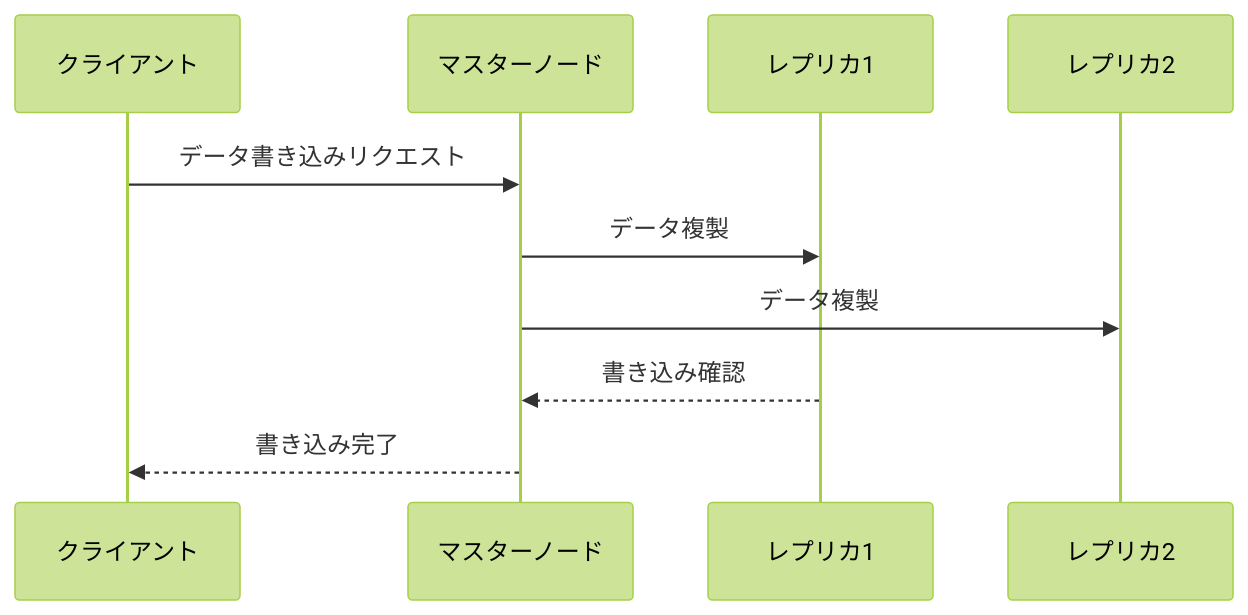
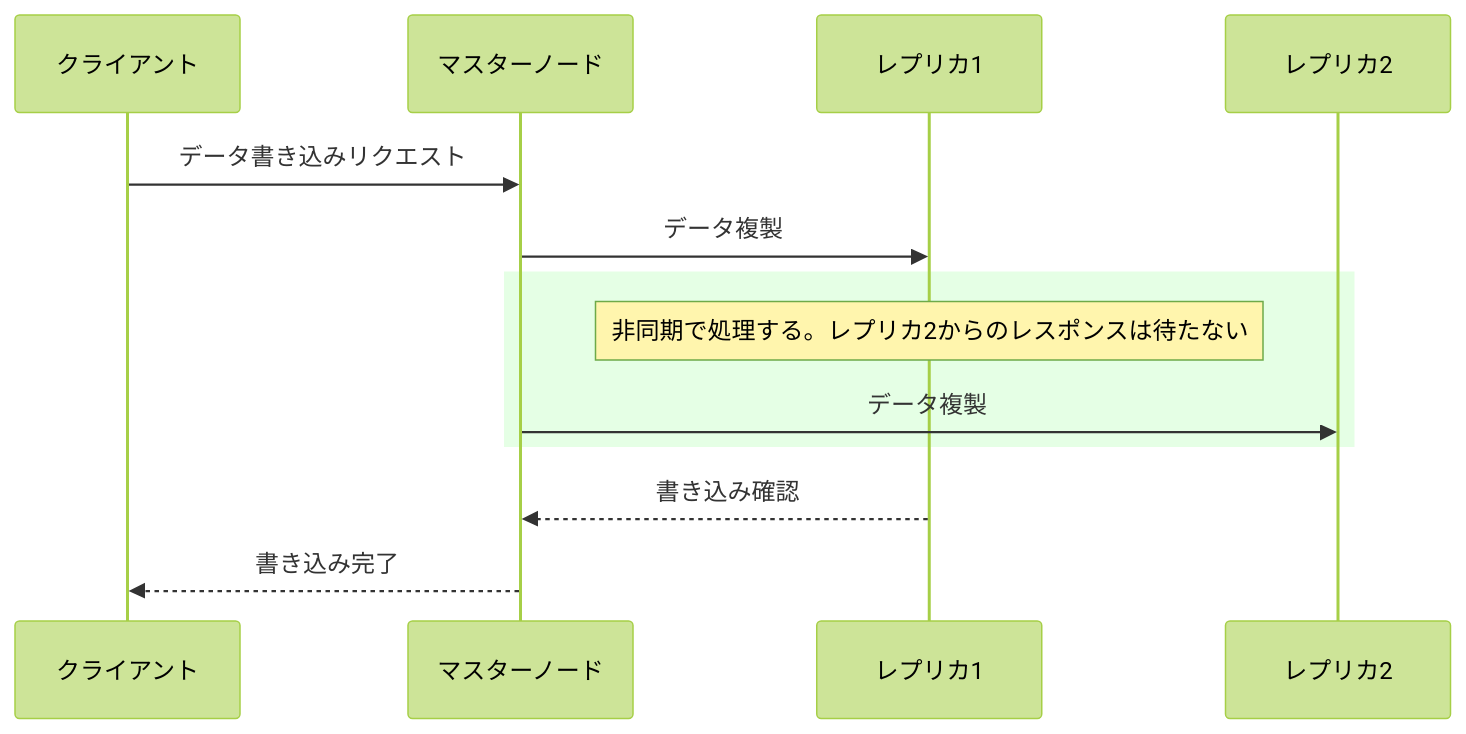
The third of 5 diagrams in articles/9ed5b7ef3cc9df.md (mshr0969/zenn-content), drawn with Mermaid (forest theme) before and after one commit. The commit also changed other lines of this file, not shown here.

````diff
--- a/articles/9ed5b7ef3cc9df.md
+++ b/articles/9ed5b7ef3cc9df.md
@@ -90,13 +94,16 @@
 ```mermaid
 sequenceDiagram
   participant Client as クライアント
   participant Master as マスターノード
   participant Replica1 as レプリカ1
   participant Replica2 as レプリカ2
 
   Client->>Master: データ書き込みリクエスト
   Master->>Replica1: データ複製
-  Master->>Replica2: データ複製
+  rect rgba(0, 255, 0, .1)
+  Note over Replica1: 非同期で処理する。レプリカ2からのレスポンスは待たない
+    Master->>Replica2: データ複製
+  end
   Replica1-->>Master: 書き込み確認
   Master-->>Client: 書き込み完了
 ```
````
